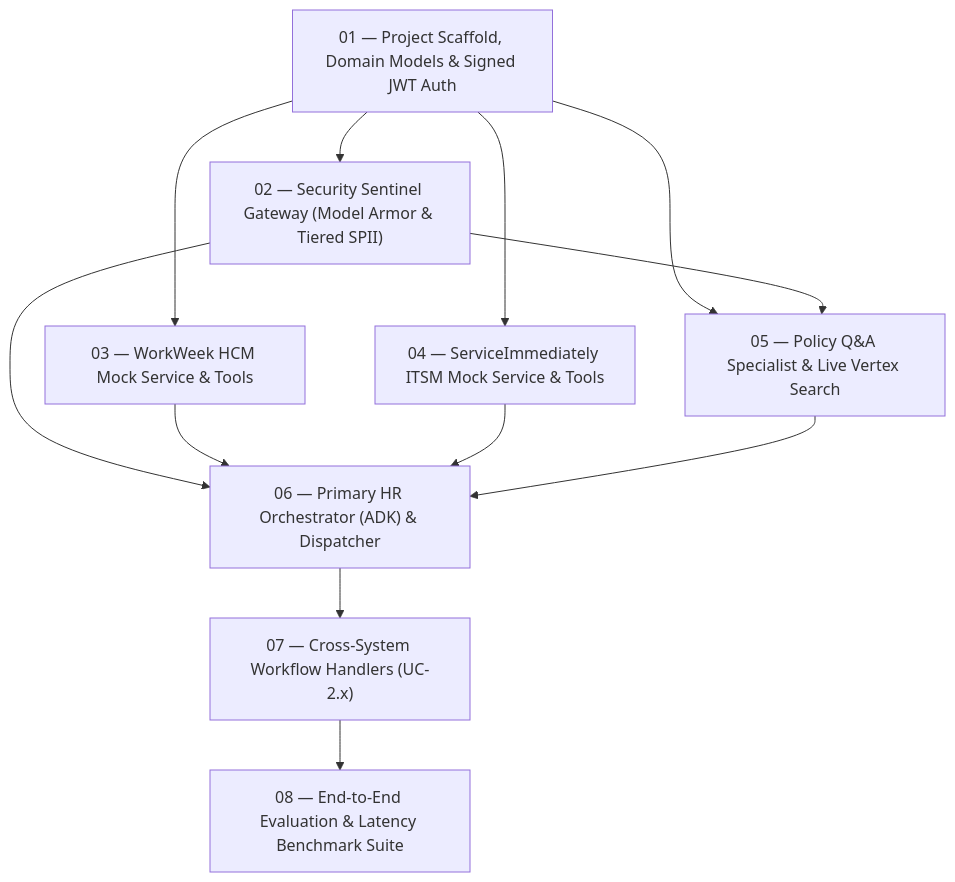
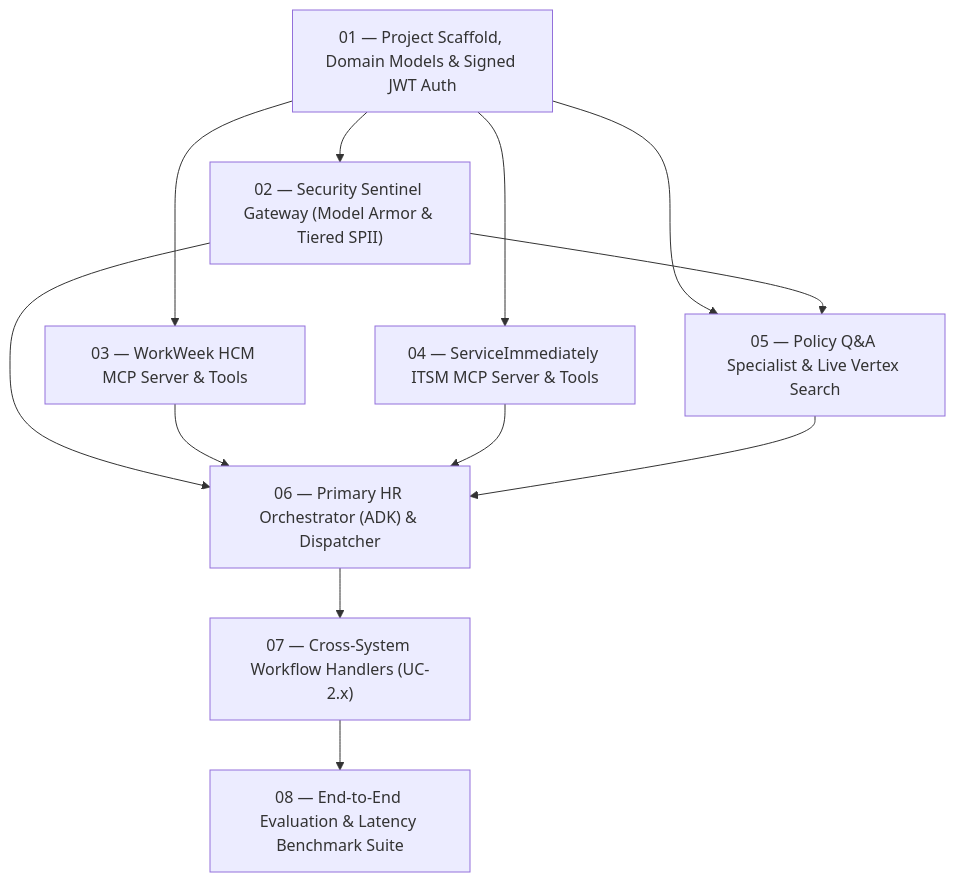
Before and after one commit to hhosur81-gcloud/so-elevated: the diagram in README.md, drawn with Mermaid. The commit also changed other lines of this file and 10 other files, not shown here.

Commit message:
feat(adr-0001): adopt Model Context Protocol (MCP) servers for WorkWeek and ServiceImmediately integrations

````diff
--- a/README.md
+++ b/README.md
@@ -78,25 +78,25 @@
 ```mermaid
 flowchart TD
     T1["01 — Project Scaffold, Domain Models & Signed JWT Auth"]
     T2["02 — Security Sentinel Gateway (Model Armor & Tiered SPII)"]
-    T3["03 — WorkWeek HCM Mock Service & Tools"]
-    T4["04 — ServiceImmediately ITSM Mock Service & Tools"]
+    T3["03 — WorkWeek HCM MCP Server & Tools"]
+    T4["04 — ServiceImmediately ITSM MCP Server & Tools"]
     T5["05 — Policy Q&A Specialist & Live Vertex Search"]
     T6["06 — Primary HR Orchestrator (ADK) & Dispatcher"]
     T7["07 — Cross-System Workflow Handlers (UC-2.x)"]
     T8["08 — End-to-End Evaluation & Latency Benchmark Suite"]
 
     T1 --> T2
     T1 --> T3
     T1 --> T4
     T1 --> T5
     T2 --> T5
 
     T2 --> T6
     T3 --> T6
     T4 --> T6
     T5 --> T6
 
     T6 --> T7
     T7 --> T8
 ```
````
